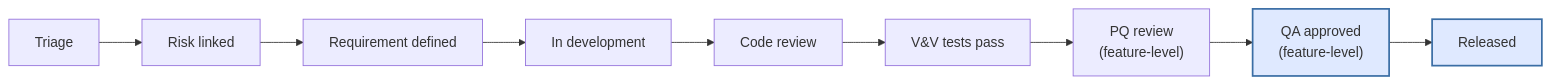
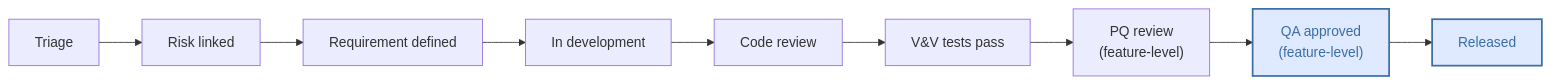
The first of 2 diagrams in AIPlans/Release process plan.md (CCTC-team/.github), drawn with Mermaid before and after one commit. The commit also changed other lines of this file, not shown here.

````diff
--- a/AIPlans/Release process plan.md
+++ b/AIPlans/Release process plan.md
@@ -267,6 +270,6 @@
 ```mermaid
 flowchart LR
     T["Triage"] --> RL["Risk linked"] --> RD["Requirement defined"] --> DV["In development"] --> CR["Code review"] --> VV["V&V tests pass"] --> PQ["PQ review<br/>(feature-level)"] --> QA["QA approved<br/>(feature-level)"] --> REL["Released"]
     class QA,REL relhi
-    classDef relhi fill:#dfe9ff,stroke:#3b6ea5,stroke-width:2px
+    classDef relhi fill:#dfe9ff,stroke:#3b6ea5,stroke-width:2px,color:#3b6ea5
 ```
````
